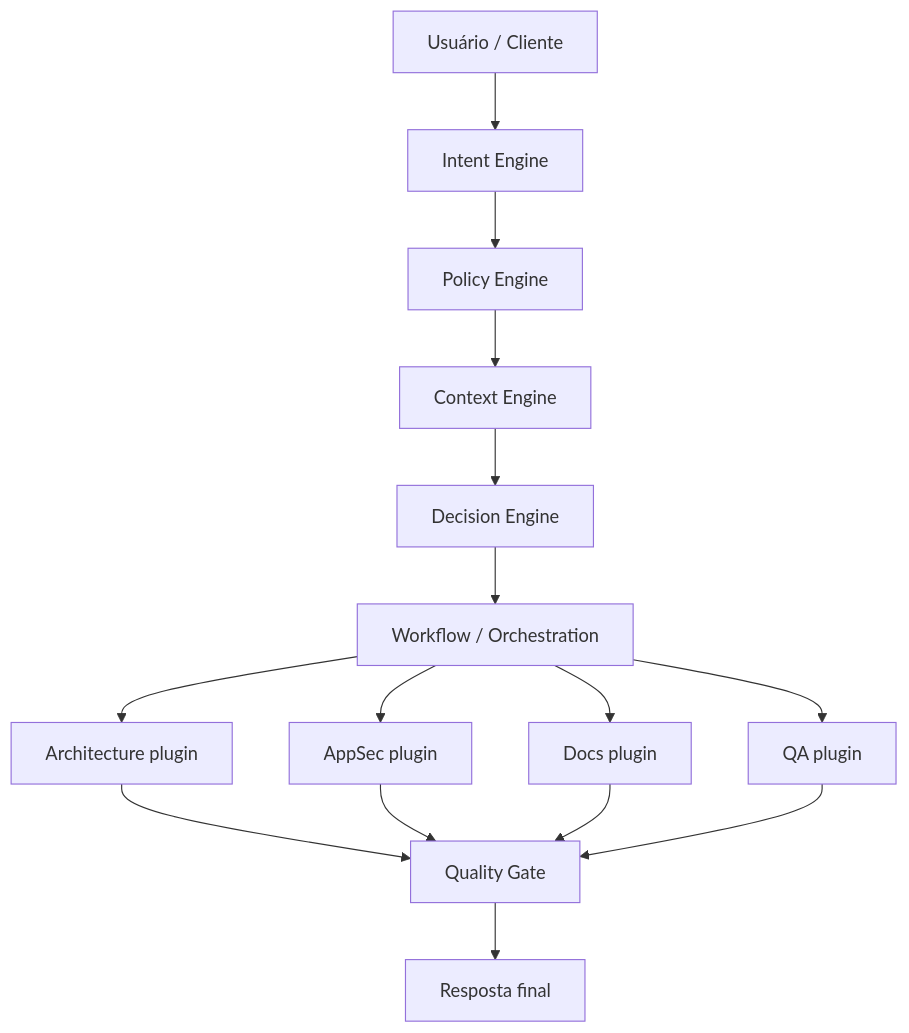
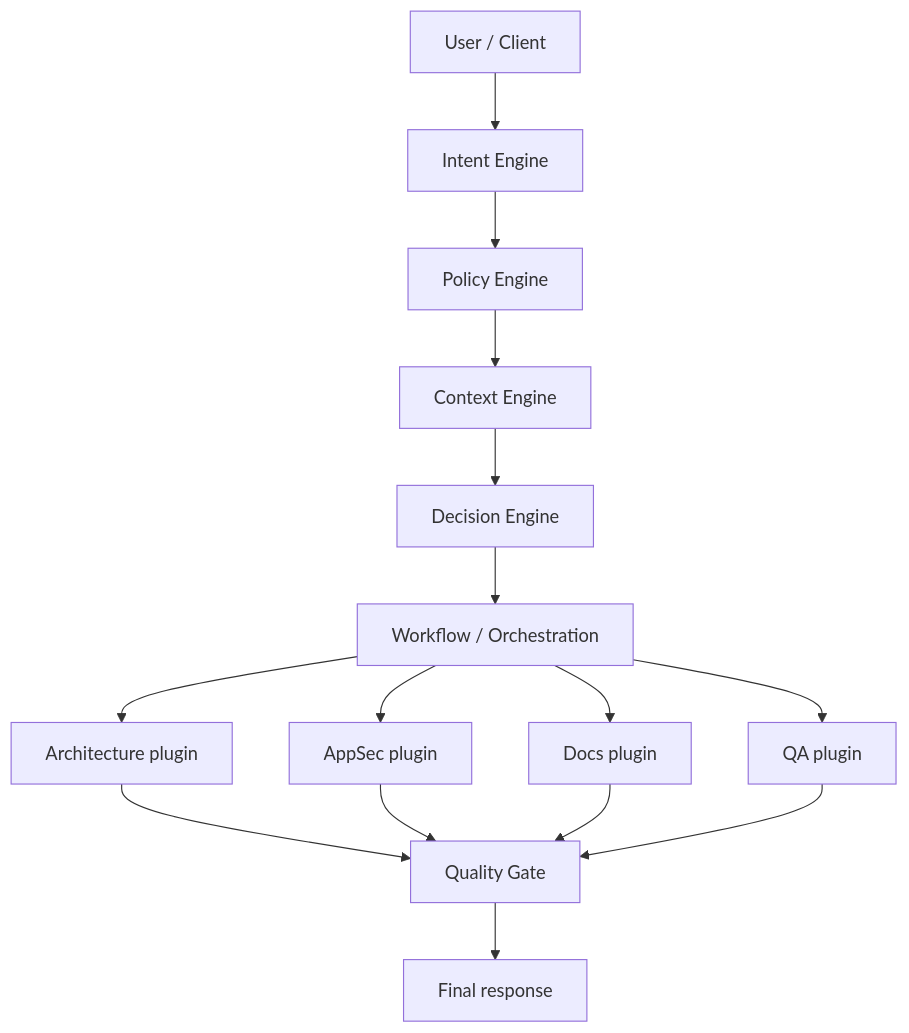
One commit to KleilsonSantos/ai-operating-system changed the diagram in docs/architecture/system-guide.md. Above: the diagram before and after it, drawn with Mermaid. The commit also changed other lines of this file and 48 other files, not shown here.

````diff
--- a/docs/architecture/system-guide.md
+++ b/docs/architecture/system-guide.md
@@ -7,17 +7,17 @@
 ```mermaid
 flowchart TD
-  U[Usuário / Cliente] --> I[Intent Engine]
+  U[User / Client] --> I[Intent Engine]
   I --> P[Policy Engine]
   P --> C[Context Engine]
   C --> D[Decision Engine]
   D --> W[Workflow / Orchestration]
   W --> A1[Architecture plugin]
   W --> A2[AppSec plugin]
   W --> A3[Docs plugin]
   W --> A4[QA plugin]
   A1 --> Q[Quality Gate]
   A2 --> Q
   A3 --> Q
   A4 --> Q
-  Q --> R[Resposta final]
+  Q --> R[Final response]
 ```
````
